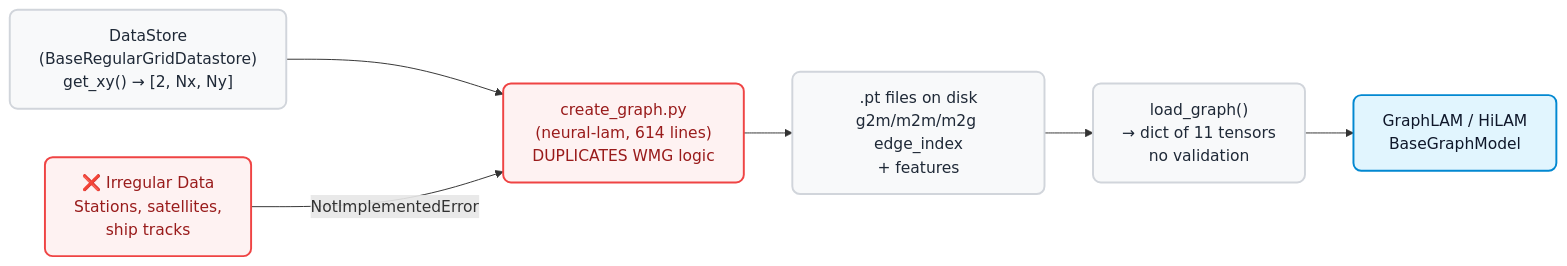
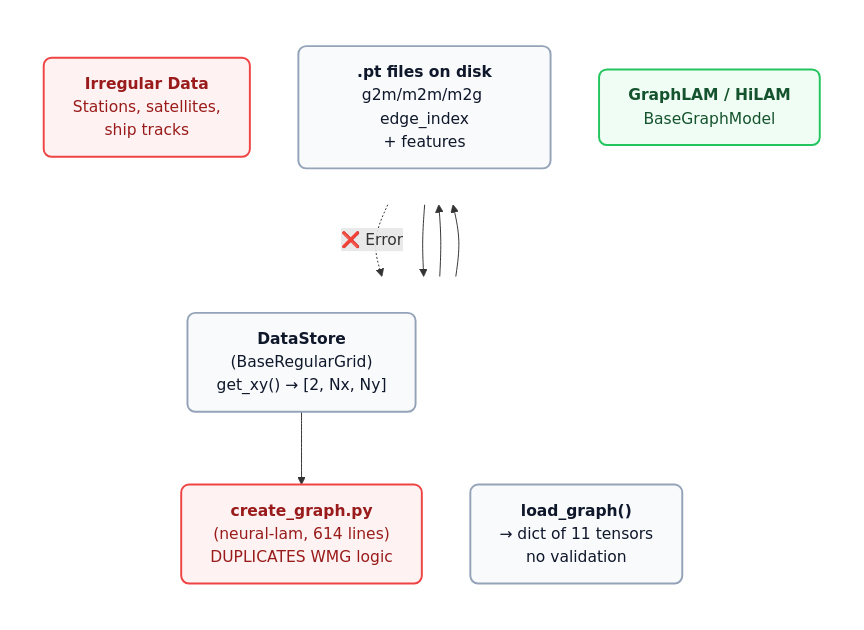
The fifth of 11 diagrams in GSoC_Project_Created_By_Antigravity.md (prajwal-tech07/Gsoc_test), drawn with Mermaid before and after one commit. The commit also changed other lines of this file, not shown here.

First line of the commit message:
Refactor mermaid diagrams and improve text clarity

````diff
--- a/GSoC_Project_Created_By_Antigravity.md
+++ b/GSoC_Project_Created_By_Antigravity.md
@@ -283,17 +291,36 @@
 ```mermaid
-flowchart LR
-    classDef default fill:#f8f9fa,stroke:#d1d5db,stroke-width:2px,rx:8px,color:#1f2937
-    classDef highlight fill:#e1f5fe,stroke:#0288d1,stroke-width:2px,rx:8px,color:#0f172a
-    classDef danger fill:#fef2f2,stroke:#ef4444,stroke-width:2px,rx:8px,color:#991b1b
+flowchart TD
+    %% Professional Class Styling
+    classDef default fill:#f8fafc,stroke:#94a3b8,stroke-width:2px,color:#0f172a,rx:8px
+    classDef danger fill:#fef2f2,stroke:#ef4444,stroke-width:2px,color:#991b1b,rx:8px
+    classDef highlight fill:#f0fdf4,stroke:#22c55e,stroke-width:2px,color:#14532d,rx:8px
 
-    DS["DataStore\n(BaseRegularGridDatastore)\nget_xy() → [2, Nx, Ny]"]
-    CG["create_graph.py\n(neural-lam, 614 lines)\nDUPLICATES WMG logic"]:::danger
-    PT[".pt files on disk\ng2m/m2m/m2g edge_index\n+ features"]
-    LG["load_graph()\n→ dict of 11 tensors\nno validation"]
-    MODEL["GraphLAM / HiLAM\nBaseGraphModel"]:::highlight
+    %% Column 1 (Forces nodes to stack vertically on the left)
+    subgraph Left_Column [" "]
+        direction TB
+        DS["<b>DataStore</b><br/>(BaseRegularGrid)<br/>get_xy() → [2, Nx, Ny]"]
+        CG["<b>create_graph.py</b><br/>(neural-lam, 614 lines)<br/>DUPLICATES WMG logic"]:::danger
+        LG["<b>load_graph()</b><br/>→ dict of 11 tensors<br/>no validation"]
+    end
 
-    IRR["❌ Irregular Data\nStations, satellites,\nship tracks"]:::danger
+    %% Column 2 (Forces nodes to stack vertically on the right)
+    subgraph Right_Column [" "]
+        direction TB
+        IRR["<b>Irregular Data</b><br/>Stations, satellites,<br/>ship tracks"]:::danger
+        PT["<b>.pt files on disk</b><br/>g2m/m2m/m2g edge_index<br/>+ features"]
+        MODEL["<b>GraphLAM / HiLAM</b><br/>BaseGraphModel"]:::highlight
+    end
 
-    DS --> CG --> PT --> LG --> MODEL
-    IRR -->|"NotImplementedError"| CG
+    %% Logical Connections (Creates a compact Z-Pattern)
+    DS --> CG
+    IRR -.->|"❌ Error"| CG
+    
+    CG --> PT
+    
+    PT --> LG
+    LG --> MODEL
+
+    %% Make the boundary boxes completely invisible
+    style Left_Column fill:none,stroke:none
+    style Right_Column fill:none,stroke:none
 ```
````
